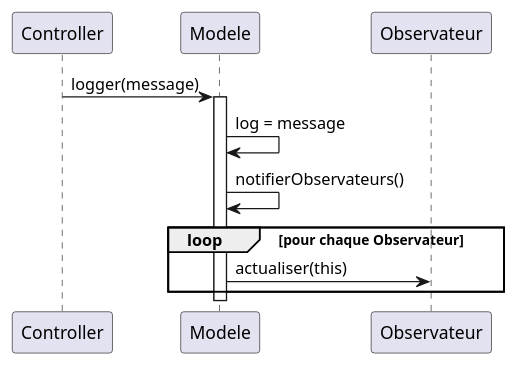
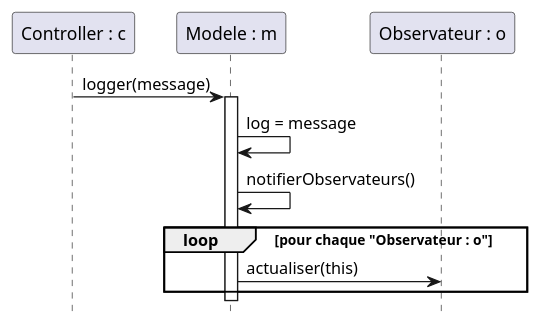
One commit to IanisPocachard/TouDou changed the diagram in src/uml/diag_sequence_logger.puml. Above: the diagram before and after it, drawn with PlantUML.

Commit message:
modification du dagramme de sequence log

```diff
--- a/src/uml/diag_sequence_logger.puml
+++ b/src/uml/diag_sequence_logger.puml
@@ -1,17 +1,18 @@
 @startuml
-participant Controller
-participant Modele
-participant Observateur
+hide footbox
+participant "Controller : c"
+participant "Modele : m"
+participant "Observateur : o"
 
-Controller -> Modele : logger(message)
-activate Modele
+"Controller : c" -> "Modele : m" : logger(message)
+activate "Modele : m"
 
-Modele -> Modele : log = message
-Modele -> Modele : notifierObservateurs()
+"Modele : m" -> "Modele : m" : log = message
+"Modele : m" -> "Modele : m" : notifierObservateurs()
 
-loop pour chaque Observateur
-    Modele -> Observateur : actualiser(this)
+loop pour chaque "Observateur : o"
+    "Modele : m" -> "Observateur : o" : actualiser(this)
 end
 
-deactivate Modele
+deactivate "Modele : m"
 @enduml
```
